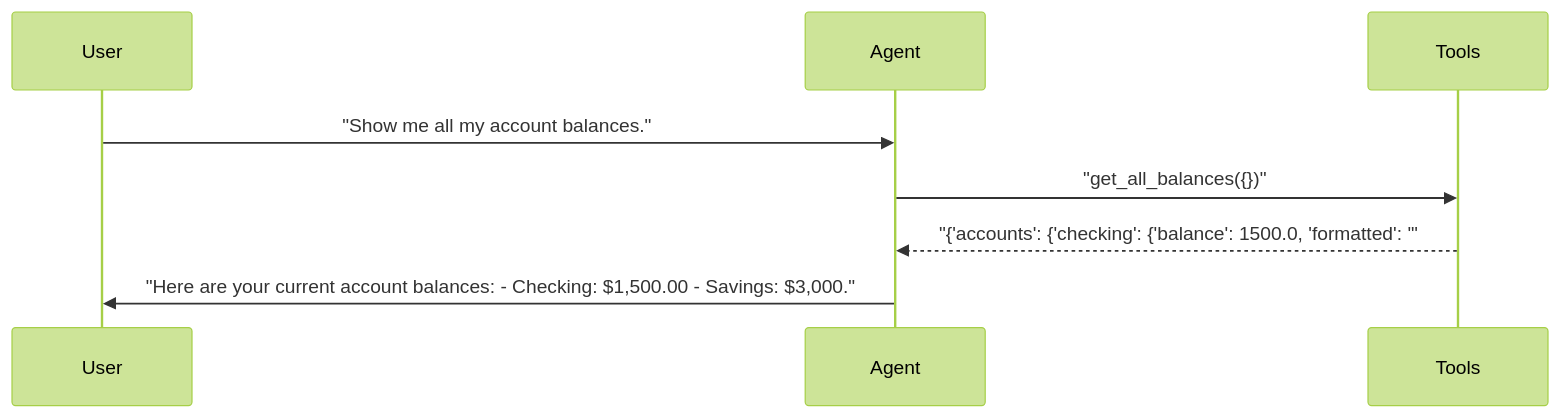
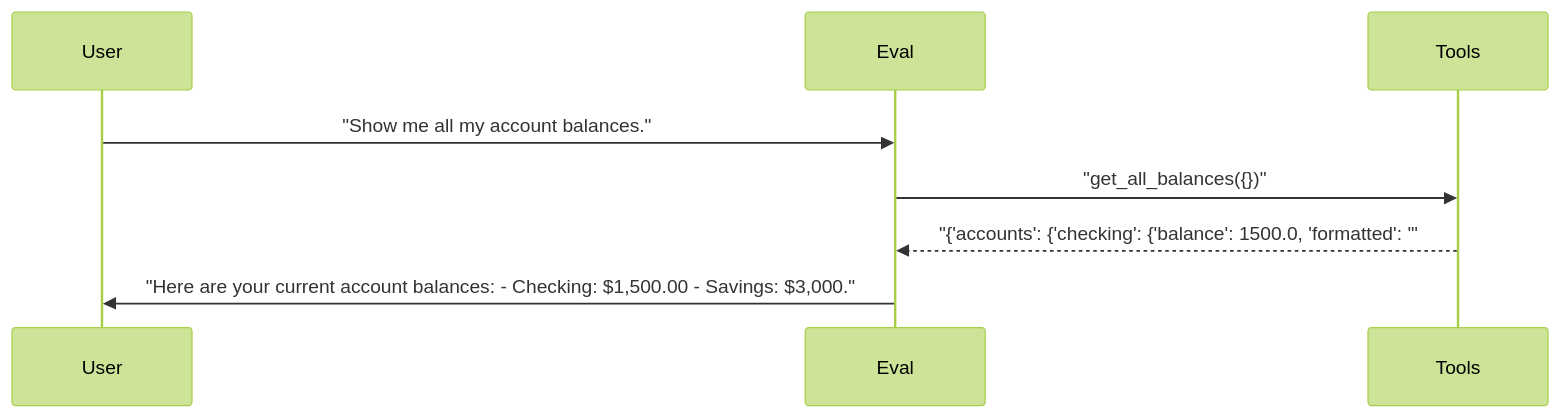
The third of 24 diagrams in docs/demo/hero-report.md (sbroenne/pytest-skill-engineering), drawn with Mermaid (forest theme) before and after one commit. The commit also changed other lines of this file and 155 other files, not shown here.

````diff
--- a/docs/demo/hero-report.md
+++ b/docs/demo/hero-report.md
@@ -301,11 +301,11 @@
 ```mermaid
 sequenceDiagram
     participant User
-    participant Agent
+    participant Eval
     participant Tools
 
-    User->>Agent: "Show me all my account balances."
-    Agent->>Tools: "get_all_balances({})"
-    Tools-->>Agent: "{'accounts': {'checking': {'balance': 1500.0, 'formatted': '"
-    Agent->>User: "Here are your current account balances: - Checking: $1,500.00 - Savings: $3,000."
+    User->>Eval: "Show me all my account balances."
+    Eval->>Tools: "get_all_balances({})"
+    Tools-->>Eval: "{'accounts': {'checking': {'balance': 1500.0, 'formatted': '"
+    Eval->>User: "Here are your current account balances: - Checking: $1,500.00 - Savings: $3,000."
 ```
````
